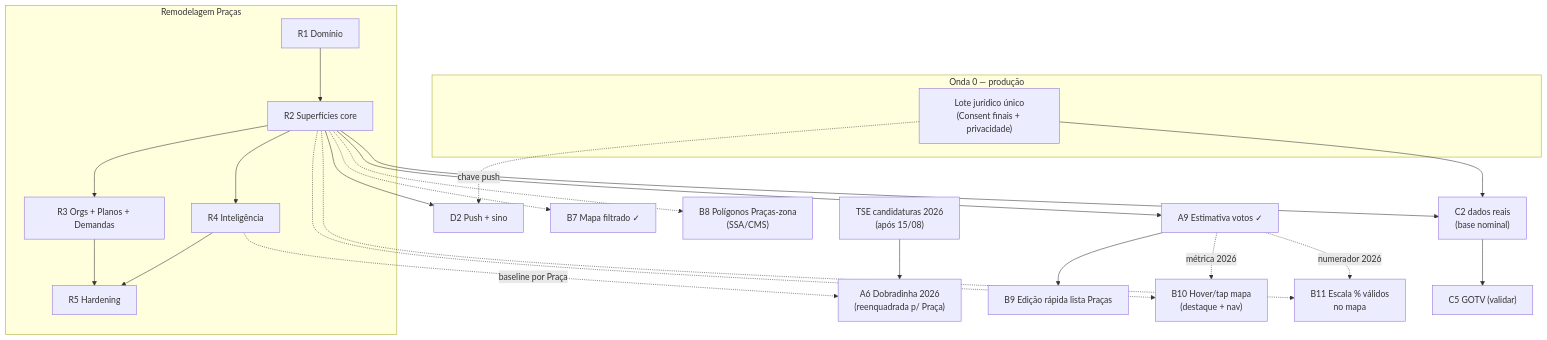
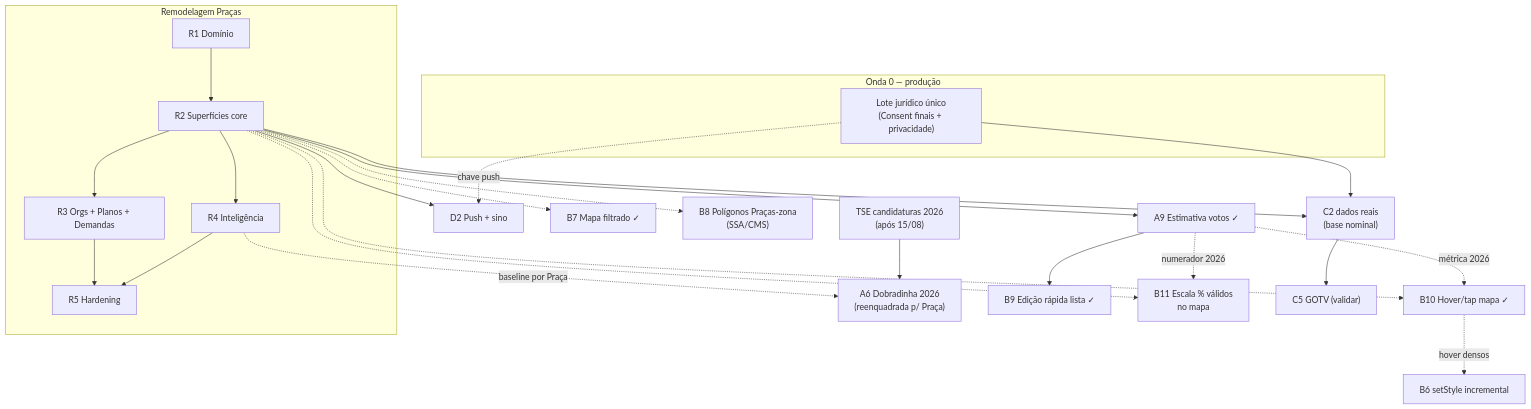
The diagram in docs/roadmap.md (fsolla/teqo), drawn with Mermaid before and after one commit. The commit also changed other lines of this file and 3 other files, not shown here.

First line of the commit message:
Mark B9 and B10 as delivered in roadmap and plans.

````diff
--- a/docs/roadmap.md
+++ b/docs/roadmap.md
@@ -50,32 +50,33 @@
 ```mermaid
 flowchart TD
     subgraph Onda0["Onda 0 — produção"]
         JUR["Lote jurídico único<br/>(Consent finais + privacidade)"]
     end
 
     subgraph Remodel["Remodelagem Praças"]
         R1["R1 Domínio"]
         R2["R2 Superfícies core"]
         R3["R3 Orgs + Planos + Demandas"]
         R4["R4 Inteligência"]
         R5["R5 Hardening"]
     end
 
     R1 --> R2 --> R3 --> R5
     R2 --> R4 --> R5
     JUR --> C2prod["C2 dados reais<br/>(base nominal)"]
     R2 --> C2prod
     TSE2026["TSE candidaturas 2026<br/>(após 15/08)"] --> A6["A6 Dobradinha 2026<br/>(reenquadrada p/ Praça)"]
     R4 -.baseline por Praça.-> A6
     R2 --> D2["D2 Push + sino"]
     R2 --> A9["A9 Estimativa votos ✓"]
-    A9 --> B9["B9 Edição rápida lista Praças"]
+    A9 --> B9["B9 Edição rápida lista ✓"]
     R2 -.-> B7["B7 Mapa filtrado ✓"]
     R2 -.-> B8["B8 Polígonos Praças-zona<br/>(SSA/CMS)"]
-    R2 -.-> B10["B10 Hover/tap mapa<br/>(destaque + nav)"]
+    R2 -.-> B10["B10 Hover/tap mapa ✓"]
     R2 -.-> B11["B11 Escala % válidos<br/>no mapa"]
     A9 -.métrica 2026.-> B10
     A9 -.numerador 2026.-> B11
+    B10 -.hover densos.-> B6["B6 setStyle incremental"]
     JUR -.chave push.-> D2
     C2prod --> C5["C5 GOTV (validar)"]
 ```
````
